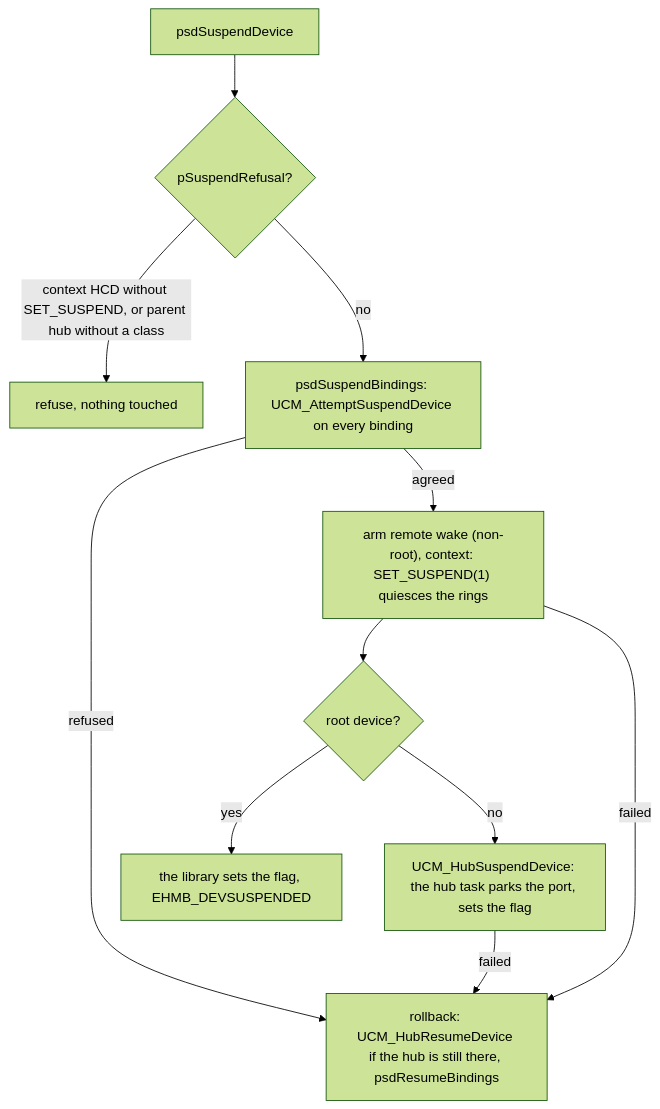
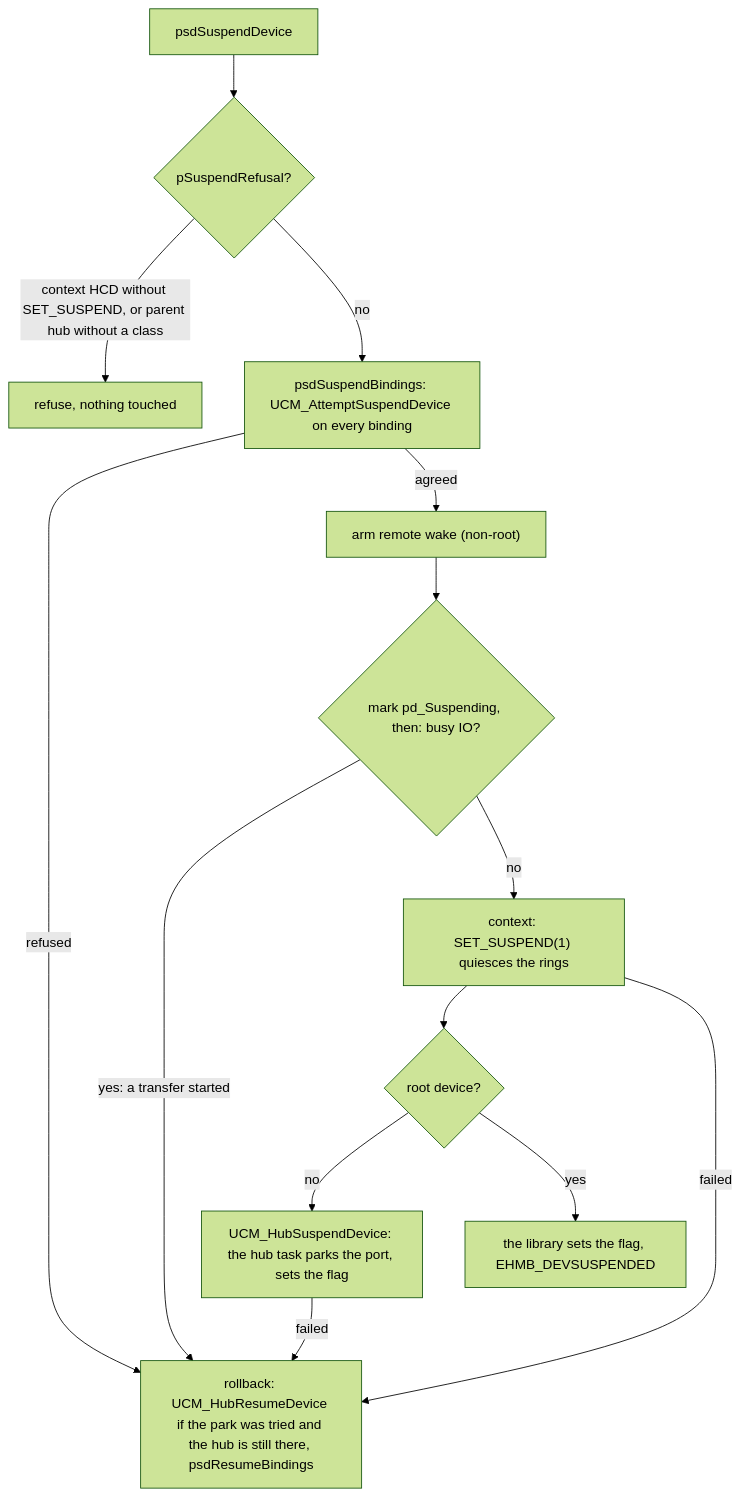
One commit to rondoval/neptune-usb-stack changed the sixth of 7 diagrams in docs/neptune.library-architecture.md. Above: the diagram before and after it, drawn with Mermaid (forest theme). The commit also changed other lines of this file and 5 other files, not shown here.

Commit message:
bugfix: a transfer started during a device suspend no longer hangs

````diff
--- a/docs/neptune.library-architecture.md
+++ b/docs/neptune.library-architecture.md
@@ -474,13 +474,16 @@
 ```mermaid
 flowchart TD
     S["psdSuspendDevice"] --> R{"pSuspendRefusal?"}
     R -->|"context HCD without SET_SUSPEND, or parent hub without a class"| NO["refuse, nothing touched"]
     R -->|"no"| B["psdSuspendBindings: UCM_AttemptSuspendDevice on every binding"]
     B -->|"refused"| RB
-    B -->|"agreed"| Q["arm remote wake (non-root), context: SET_SUSPEND(1) quiesces the rings"]
+    B -->|"agreed"| W["arm remote wake (non-root)"]
+    W --> M{"mark pd_Suspending, then: busy IO?"}
+    M -->|"yes: a transfer started"| RB
+    M -->|"no"| Q["context: SET_SUSPEND(1) quiesces the rings"]
     Q --> P{"root device?"}
     P -->|"no"| HUB["UCM_HubSuspendDevice: the hub task parks the port, sets the flag"]
     P -->|"yes"| ROOT["the library sets the flag, EHMB_DEVSUSPENDED"]
-    HUB -->|"failed"| RB["rollback: UCM_HubResumeDevice if the hub is still there, psdResumeBindings"]
+    HUB -->|"failed"| RB["rollback: UCM_HubResumeDevice if the park was tried and the hub is still there, psdResumeBindings"]
     Q -->|"failed"| RB
 ```
````
